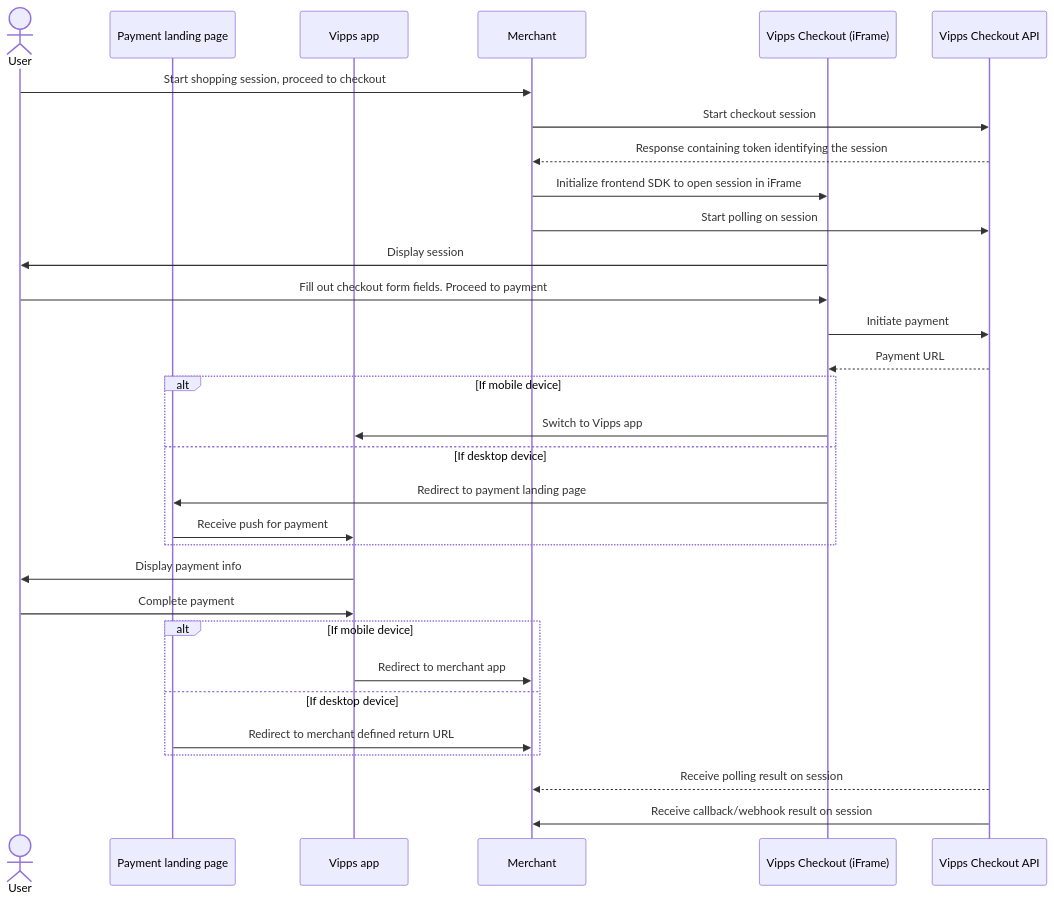
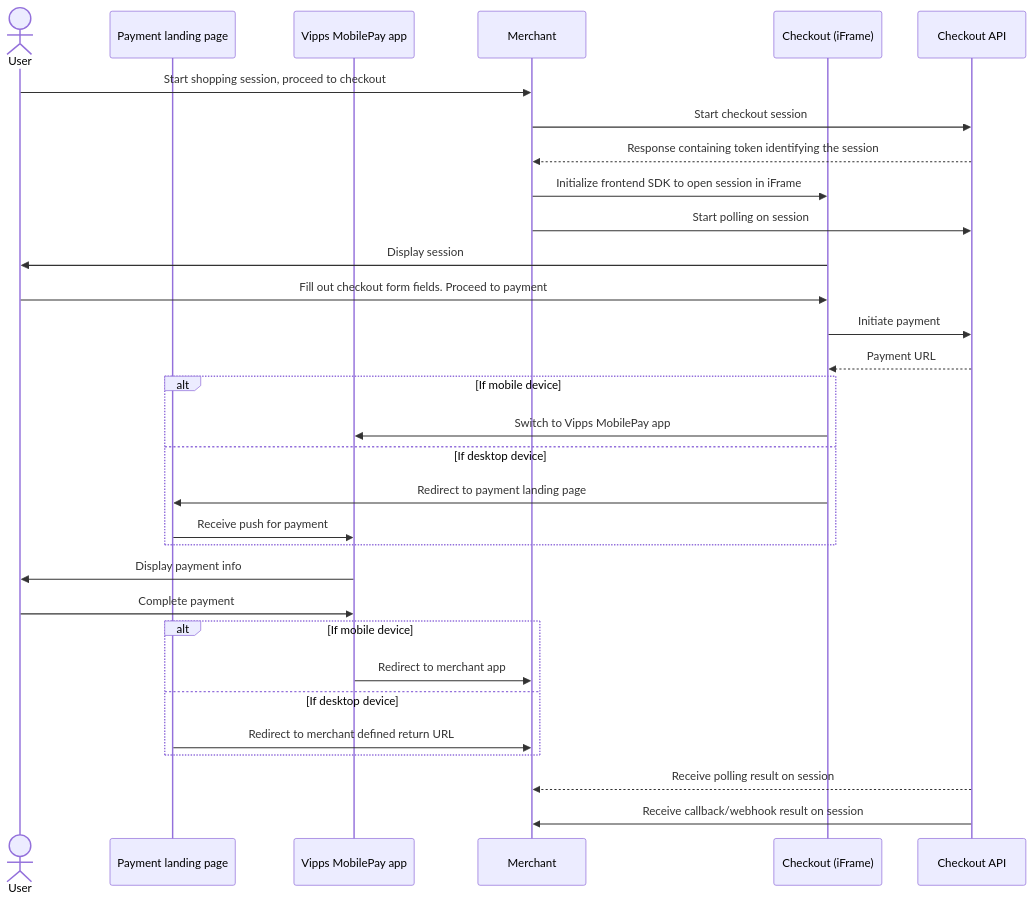
Before and after one commit to vippsas/vipps-checkout: the diagram in vipps-checkout-api.md, drawn with Mermaid. The commit also changed other lines of this file and 20 other files, not shown here.

````diff
--- a/vipps-checkout-api.md
+++ b/vipps-checkout-api.md
@@ -156,37 +160,37 @@
 ```mermaid
 sequenceDiagram
   actor User
   participant LandingPage as Payment landing page
-  participant App as Vipps app
+  participant App as Vipps MobilePay app
   participant Merchant
-  participant Frontend as Vipps Checkout (iFrame)
-  participant API as Vipps Checkout API
+  participant Frontend as Checkout (iFrame)
+  participant API as Checkout API
 
   User->>Merchant: Start shopping session, proceed to checkout
   Merchant->>API: Start checkout session
   API-->>Merchant: Response containing token identifying the session
   Merchant->>Frontend: Initialize frontend SDK to open session in iFrame
   Merchant->>API: Start polling on session
   Frontend->>User: Display session
   User->>Frontend: Fill out checkout form fields. Proceed to payment
   Frontend->>API: Initiate payment
   API-->>Frontend: Payment URL
 
   alt If mobile device
-    Frontend->>App: Switch to Vipps app
+    Frontend->>App: Switch to Vipps MobilePay app
   else If desktop device
     Frontend->>LandingPage: Redirect to payment landing page
     LandingPage->>App: Receive push for payment
   end
   App->>User: Display payment info
   User->>App: Complete payment
 
   alt If mobile device
     App->>Merchant: Redirect to merchant app
   else If desktop device
     LandingPage->>Merchant: Redirect to merchant defined return URL
   end
 
   API-->>Merchant: Receive polling result on session
   API->>Merchant: Receive callback/webhook result on session
 ```
````
